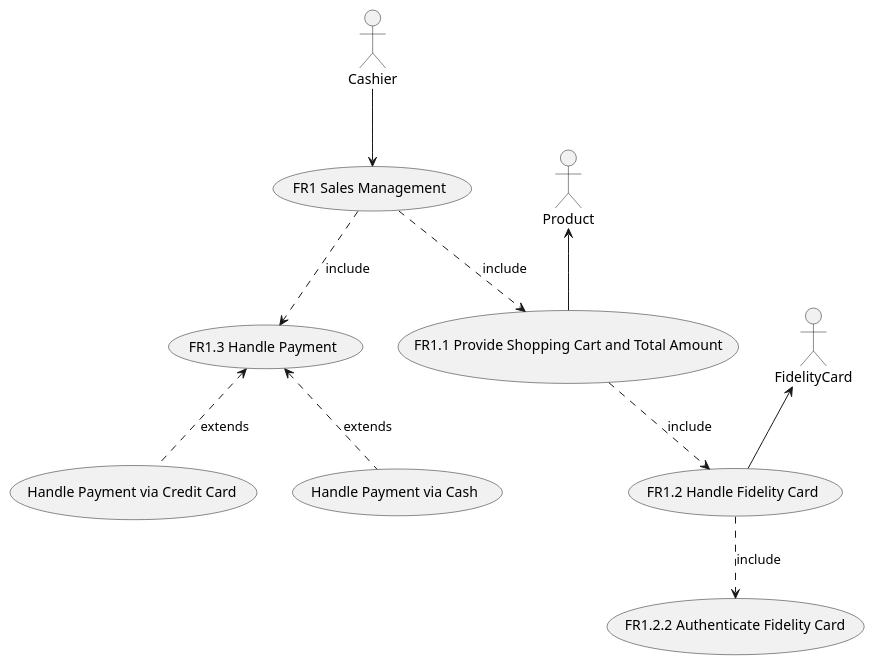
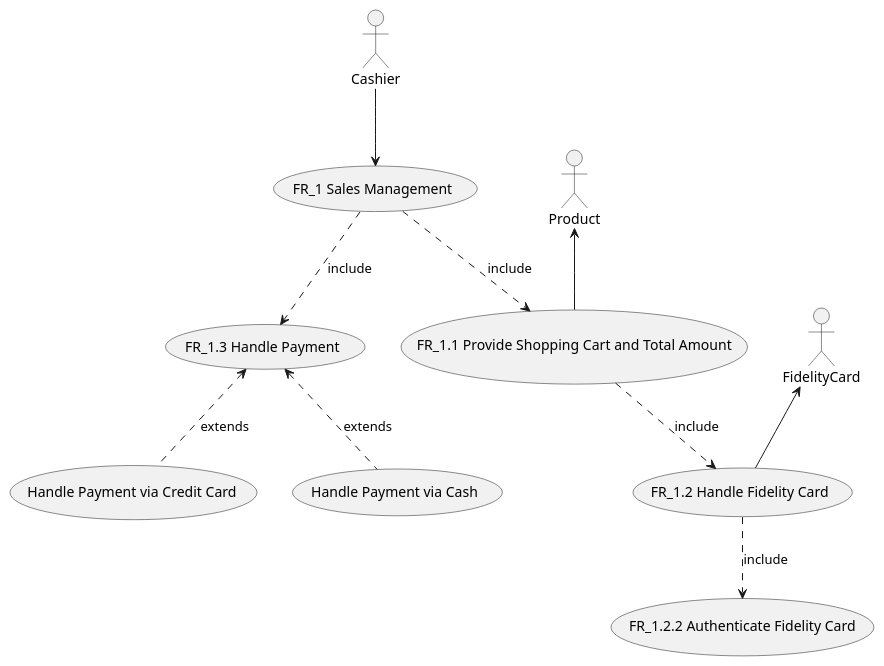
The third of 11 diagrams in Deliverables/RequirementsDocument.md (Stormz4/group20-EzShop), drawn with PlantUML before and after one commit. The commit also changed other lines of this file and 1 other file, not shown here.

Commit message:
Doc: Modified use case diagrams and matched the FRs with the use cases

````diff
--- a/Deliverables/RequirementsDocument.md
+++ b/Deliverables/RequirementsDocument.md
@@ -250,13 +250,13 @@
 ```plantuml
 @startuml
-:Cashier:     --> (FR1 Sales Management)
-:Product:     <-- (FR1.1 Provide Shopping Cart and Total Amount)
-:FidelityCard: <-- (FR1.2 Handle Fidelity Card)
-(FR1 Sales Management) ..> (FR1.1 Provide Shopping Cart and Total Amount) : include
-(FR1.1 Provide Shopping Cart and Total Amount) ..> (FR1.2 Handle Fidelity Card) : include
-(FR1.2 Handle Fidelity Card) ..> (FR1.2.2 Authenticate Fidelity Card) : include
-(FR1 Sales Management) ..> (FR1.3 Handle Payment) : include
-(FR1.3 Handle Payment) <.. (Handle Payment via Cash) : extends
-(FR1.3 Handle Payment) <.. (Handle Payment via Credit Card) : extends
+:Cashier:     --> (FR_1 Sales Management)
+:Product:     <-- (FR_1.1 Provide Shopping Cart and Total Amount)
+:FidelityCard: <-- (FR_1.2 Handle Fidelity Card)
+(FR_1 Sales Management) ..> (FR_1.1 Provide Shopping Cart and Total Amount) : include
+(FR_1.1 Provide Shopping Cart and Total Amount) ..> (FR_1.2 Handle Fidelity Card) : include
+(FR_1.2 Handle Fidelity Card) ..> (FR_1.2.2 Authenticate Fidelity Card) : include
+(FR_1 Sales Management) ..> (FR_1.3 Handle Payment) : include
+(FR_1.3 Handle Payment) <.. (Handle Payment via Cash) : extends
+(FR_1.3 Handle Payment) <.. (Handle Payment via Credit Card) : extends
 @enduml
 ```
````
